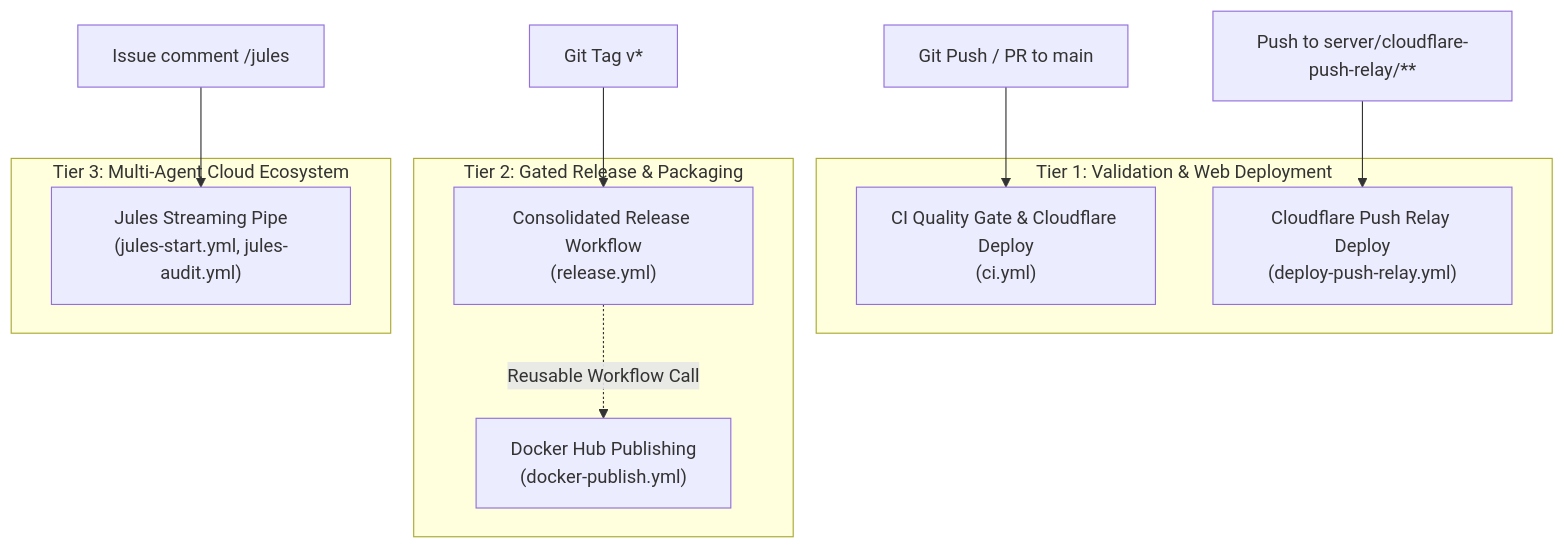
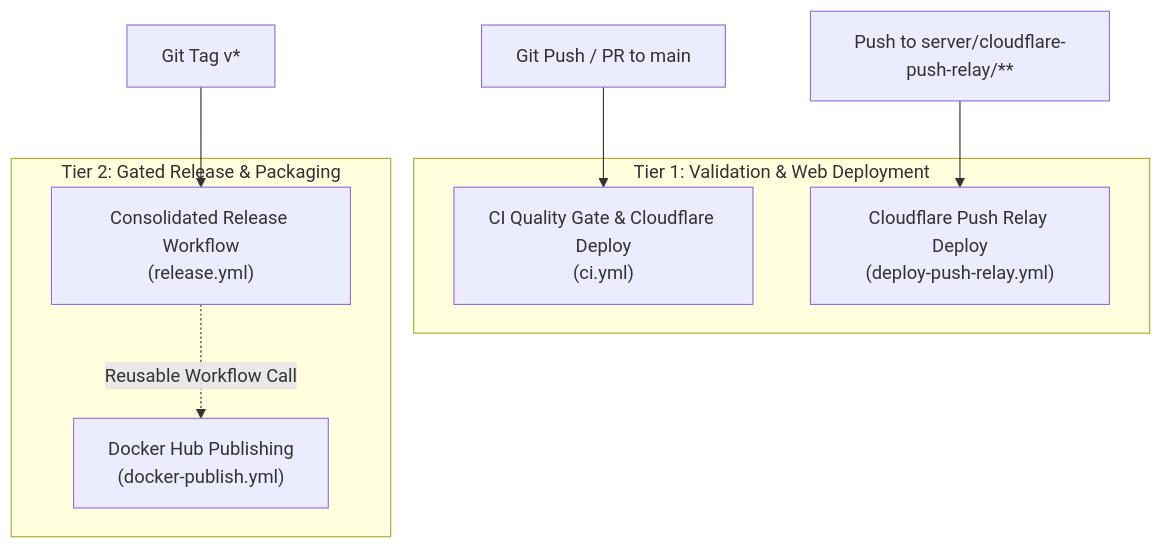
One commit to suitably/LocalGameGalaxy changed the first of 3 diagrams in docs/workflows/ci-cd-pipelines.md. Above: the diagram before and after it, drawn with Mermaid. The commit also changed other lines of this file and 153 other files, not shown here.

````diff
--- a/docs/workflows/ci-cd-pipelines.md
+++ b/docs/workflows/ci-cd-pipelines.md
@@ -30,22 +30,17 @@
 ```mermaid
 flowchart TD
     subgraph CI_Deploy["Tier 1: Validation & Web Deployment"]
         CI["CI Quality Gate & Cloudflare Deploy<br/>(ci.yml)"]
         CF_Relay["Cloudflare Push Relay Deploy<br/>(deploy-push-relay.yml)"]
     end
 
     subgraph Releases["Tier 2: Gated Release & Packaging"]
         Release["Consolidated Release Workflow<br/>(release.yml)"]
         DockerPublish["Docker Hub Publishing<br/>(docker-publish.yml)"]
     end
 
-    subgraph Autonomous["Tier 3: Multi-Agent Cloud Ecosystem"]
-        JulesPlan["Jules Streaming Pipe<br/>(jules-start.yml, jules-audit.yml)"]
-    end
-
     CodePush["Git Push / PR to main"] --> CI
     RelayCode["Push to server/cloudflare-push-relay/**"] --> CF_Relay
     TagPush["Git Tag v*"] --> Release
     Release -.->|Reusable Workflow Call| DockerPublish
-    IssueActivity["Issue comment /jules"] --> JulesPlan
 ```
````
